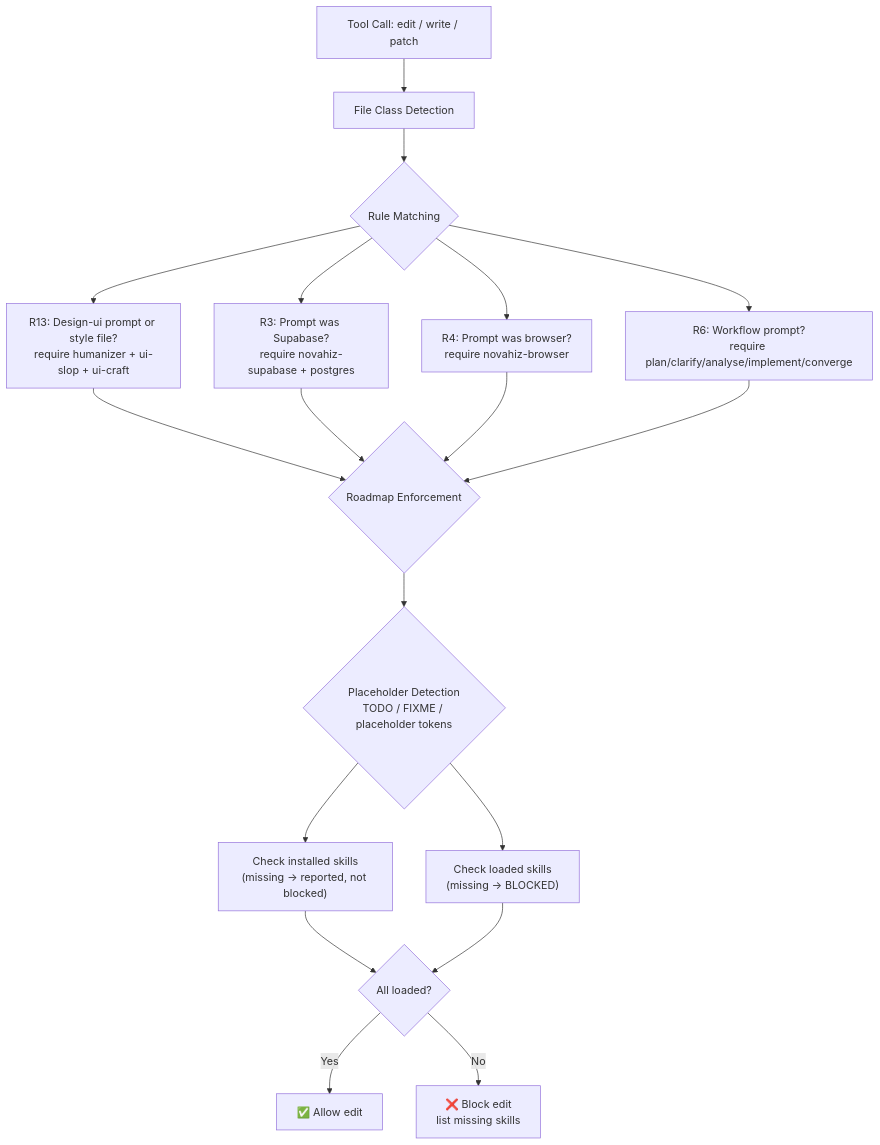
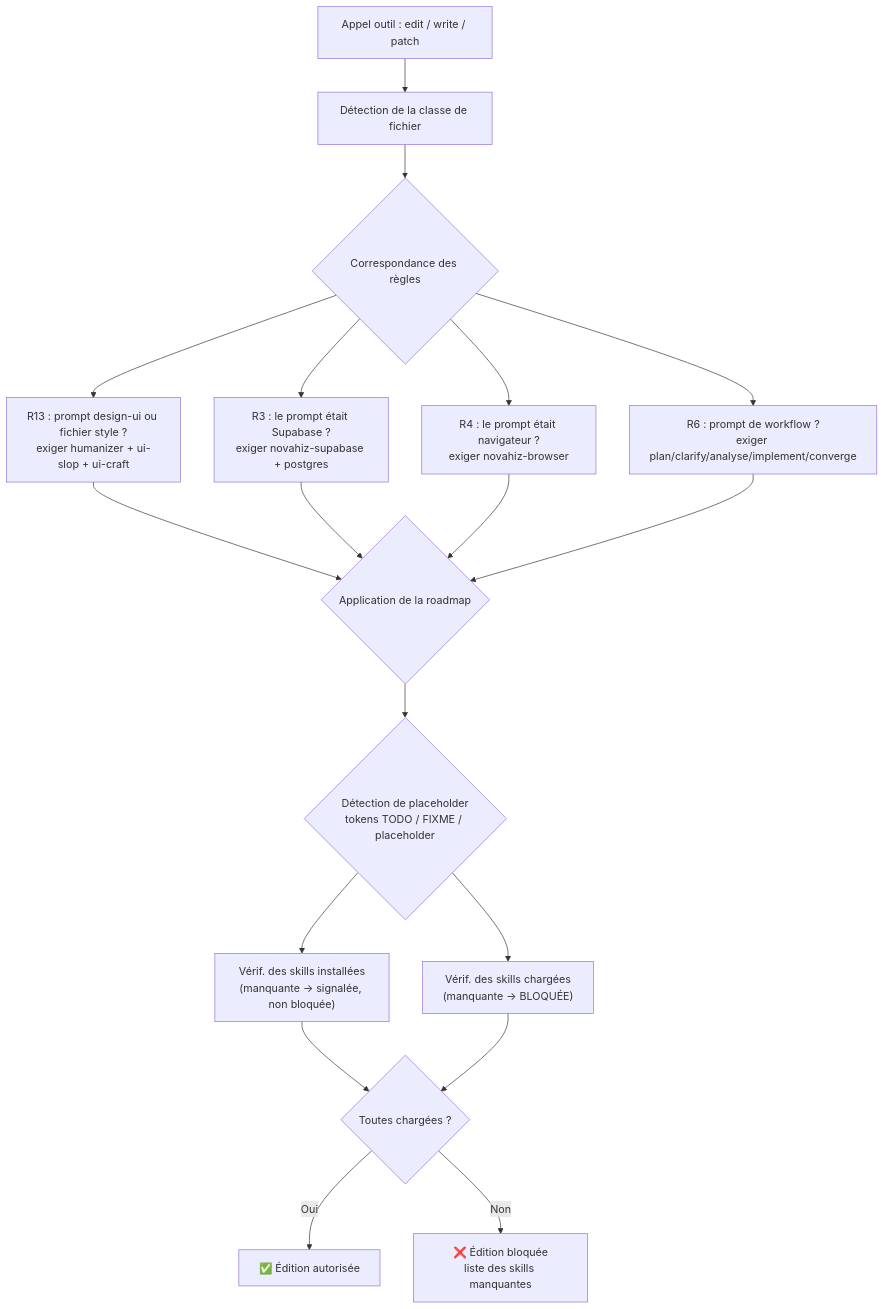
The second of 4 diagrams in README.md (novahiz/novahiz), drawn with Mermaid before and after one commit. The commit also changed other lines of this file and 1 other file, not shown here.

````diff
--- a/README.md
+++ b/README.md
@@ -101,26 +101,26 @@
 ```mermaid
 flowchart TD
-    A[Tool Call: edit / write / patch] --> B[File Class Detection]
-    B --> C{Rule Matching}
+    A[Appel outil : edit / write / patch] --> B[Détection de la classe de fichier]
+    B --> C{Correspondance des règles}
     
-    C --> D[R13: Design-ui prompt or style file?<br/>require humanizer + ui-slop + ui-craft]
-    C --> F[R3: Prompt was Supabase?<br/>require novahiz-supabase + postgres]
-    C --> G[R4: Prompt was browser?<br/>require novahiz-browser]
-    C --> H[R6: Workflow prompt?<br/>require plan/clarify/analyse/implement/converge]
+    C --> D[R13 : prompt design-ui ou fichier style ?<br/>exiger humanizer + ui-slop + ui-craft]
+    C --> F[R3 : le prompt était Supabase ?<br/>exiger novahiz-supabase + postgres]
+    C --> G[R4 : le prompt était navigateur ?<br/>exiger novahiz-browser]
+    C --> H[R6 : prompt de workflow ?<br/>exiger plan/clarify/analyse/implement/converge]
     
-    D --> I{Roadmap Enforcement}
+    D --> I{Application de la roadmap}
     F --> I
     G --> I
     H --> I
     
-    I --> J{Placeholder Detection<br/>TODO / FIXME / placeholder tokens}
+    I --> J{Détection de placeholder<br/>tokens TODO / FIXME / placeholder}
     
-    J --> K["Check installed skills<br/>(missing → reported, not blocked)"]
-    J --> L["Check loaded skills<br/>(missing → BLOCKED)"]
+    J --> K["Vérif. des skills installées<br/>(manquante → signalée, non bloquée)"]
+    J --> L["Vérif. des skills chargées<br/>(manquante → BLOQUÉE)"]
     
-    K --> M{All loaded?}
+    K --> M{Toutes chargées ?}
     L --> M
     
-    M -->|Yes| N[✅ Allow edit]
-    M -->|No| O[❌ Block edit<br/>list missing skills]
+    M -->|Oui| N[✅ Édition autorisée]
+    M -->|Non| O[❌ Édition bloquée<br/>liste des skills manquantes]
 ```
````
